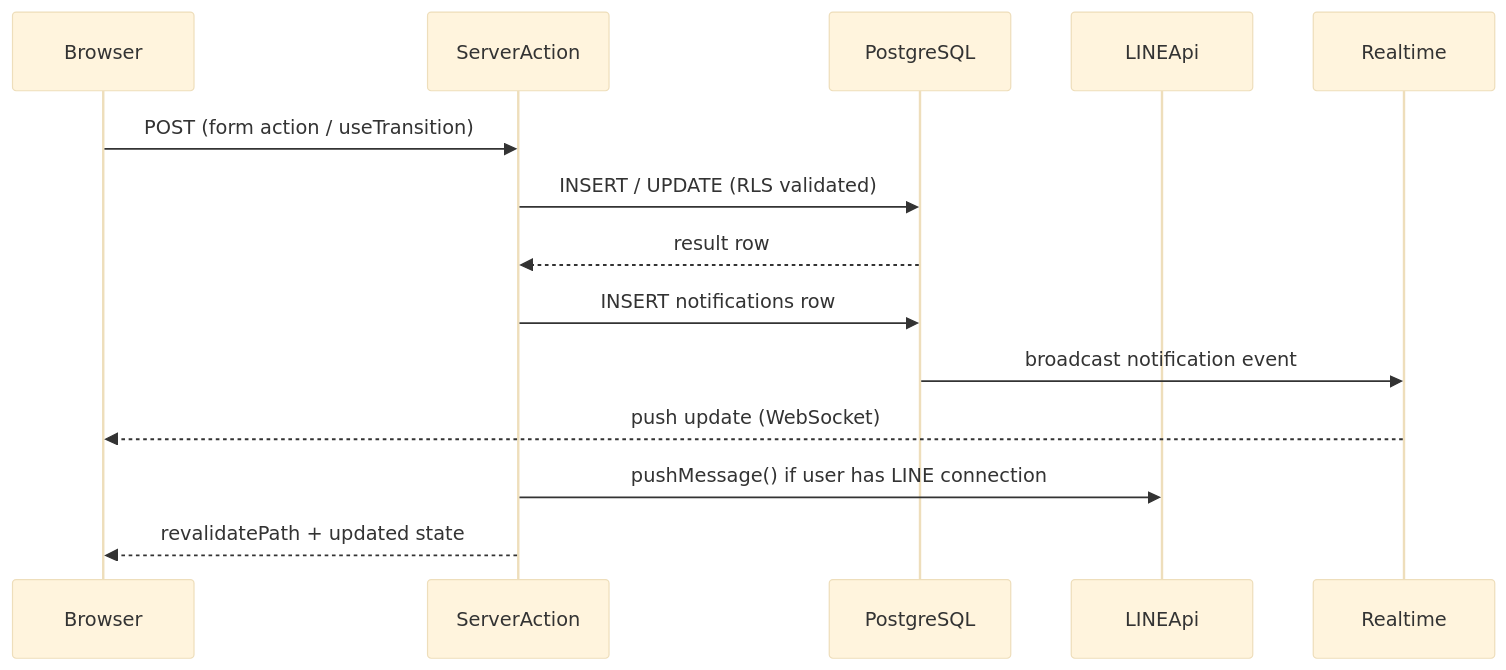
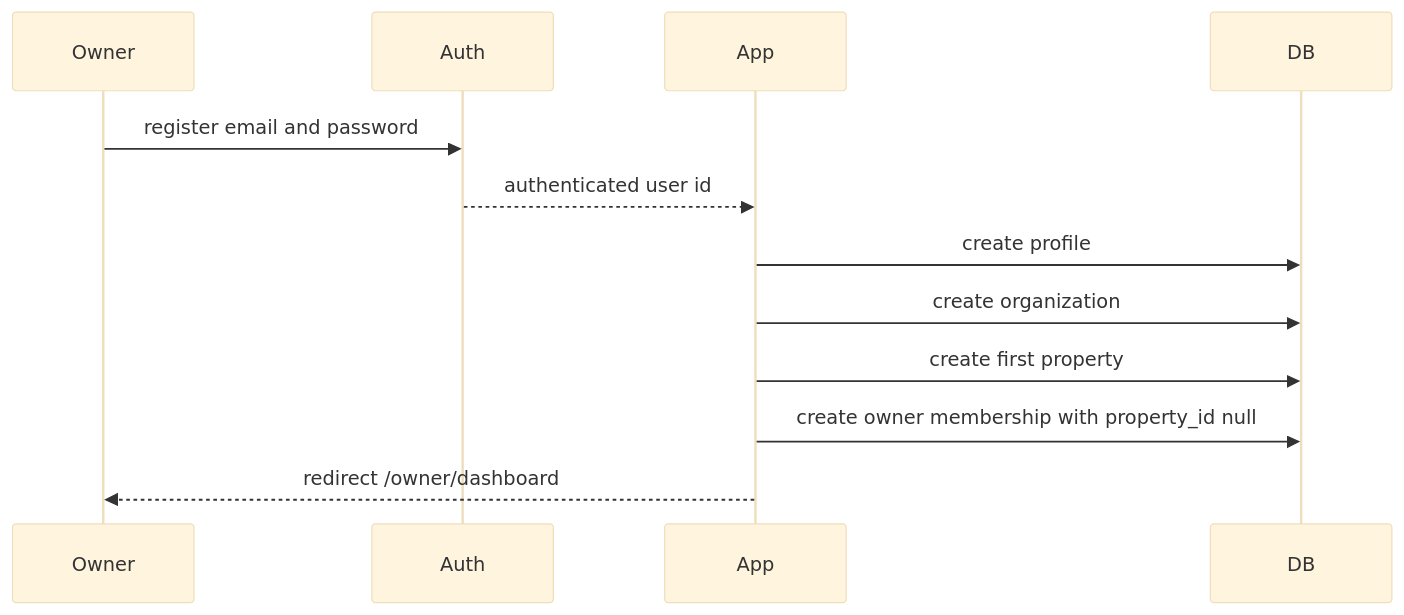
Before and after one commit to HACKUOrg/habio-web: the fifth of 8 diagrams in docs/02-system-architecture.md, drawn with Mermaid (base theme). The commit also changed other lines of this file and 82 other files, not shown here.

````diff
--- a/docs/02-system-architecture.md
+++ b/docs/02-system-architecture.md
@@ -92,16 +162,15 @@
 ```mermaid
 sequenceDiagram
-    participant Browser
-    participant ServerAction
-    participant PostgreSQL
-    participant LINEApi
+    participant Owner
+    participant Auth
+    participant App
+    participant DB
 
-    Browser->>ServerAction: POST (form action / useTransition)
-    ServerAction->>PostgreSQL: INSERT / UPDATE (RLS validated)
-    PostgreSQL-->>ServerAction: result row
-    ServerAction->>PostgreSQL: INSERT notifications row
-    PostgreSQL->>Realtime: broadcast notification event
-    Realtime-->>Browser: push update (WebSocket)
-    ServerAction->>LINEApi: pushMessage() if user has LINE connection
-    ServerAction-->>Browser: revalidatePath + updated state
+    Owner->>Auth: register email and password
+    Auth-->>App: authenticated user id
+    App->>DB: create profile
+    App->>DB: create organization
+    App->>DB: create first property
+    App->>DB: create owner membership with property_id null
+    App-->>Owner: redirect /owner/dashboard
 ```
````
